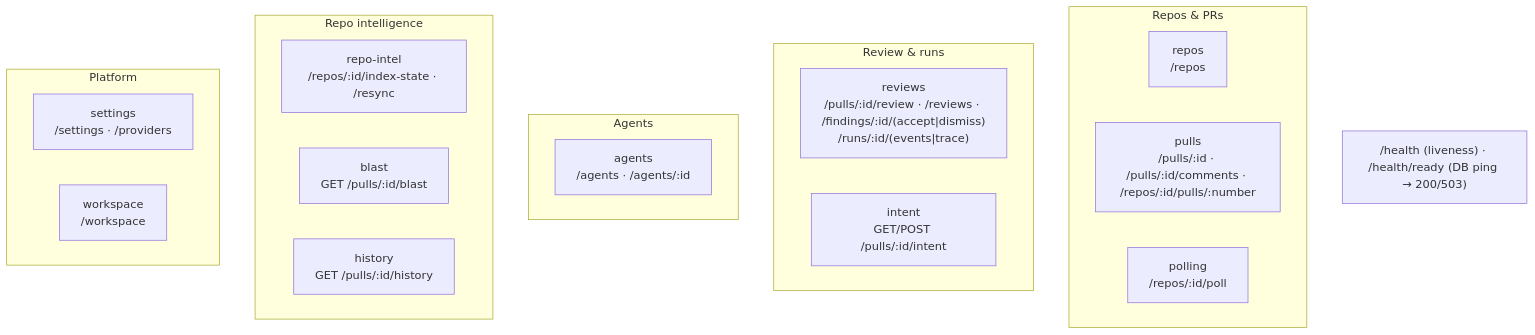
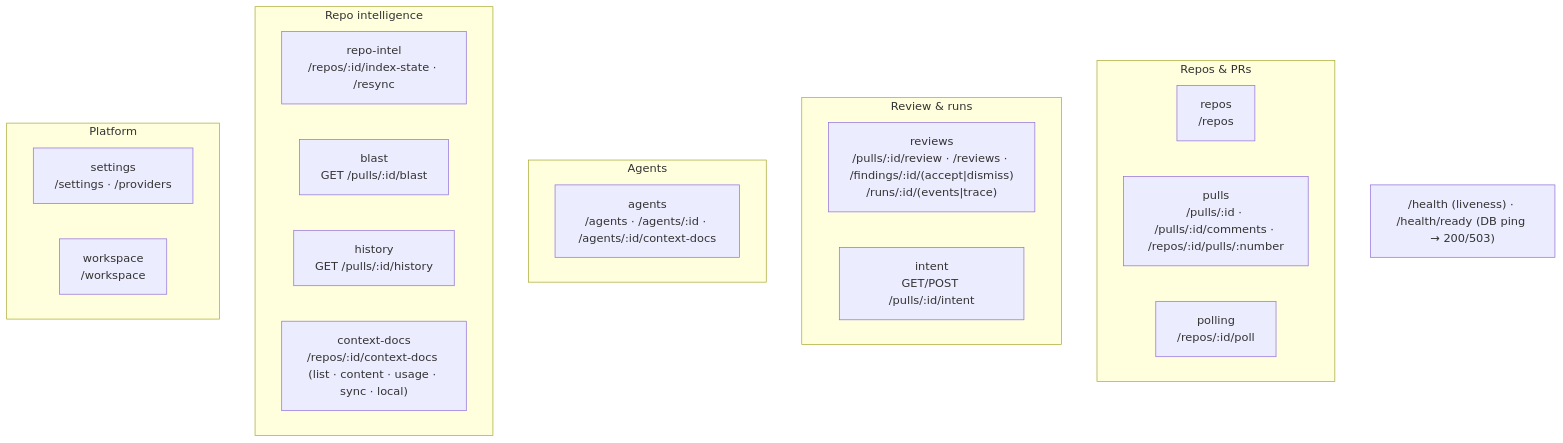
Before and after one commit to BalakaMd/dev-digest: the second of 2 diagrams in server/README.md, drawn with Mermaid. The commit also changed other lines of this file and 183 other files, not shown here.

````diff
--- a/server/README.md
+++ b/server/README.md
@@ -64,25 +64,26 @@
 ```mermaid
 flowchart TB
   subgraph Repos_PRs["Repos & PRs"]
     repos["repos<br/>/repos"]
     pulls["pulls<br/>/pulls/:id · /pulls/:id/comments · /repos/:id/pulls/:number"]
     polling["polling<br/>/repos/:id/poll"]
   end
   subgraph Review["Review & runs"]
     reviews["reviews<br/>/pulls/:id/review · /reviews · /findings/:id/(accept|dismiss)<br/>/runs/:id/(events|trace)"]
     intent["intent<br/>GET/POST /pulls/:id/intent"]
   end
   subgraph Agents["Agents"]
-    agents["agents<br/>/agents · /agents/:id"]
+    agents["agents<br/>/agents · /agents/:id · /agents/:id/context-docs"]
   end
   subgraph Intel["Repo intelligence"]
     repoIntel["repo-intel<br/>/repos/:id/index-state · /resync"]
     blast["blast<br/>GET /pulls/:id/blast"]
     history["history<br/>GET /pulls/:id/history"]
+    contextDocs["context-docs<br/>/repos/:id/context-docs (list · content · usage · sync · local)"]
   end
   subgraph Platform["Platform"]
     settings["settings<br/>/settings · /providers"]
     workspace["workspace<br/>/workspace"]
   end
   HEALTH["/health (liveness) · /health/ready (DB ping → 200/503)"]
 ```
````
